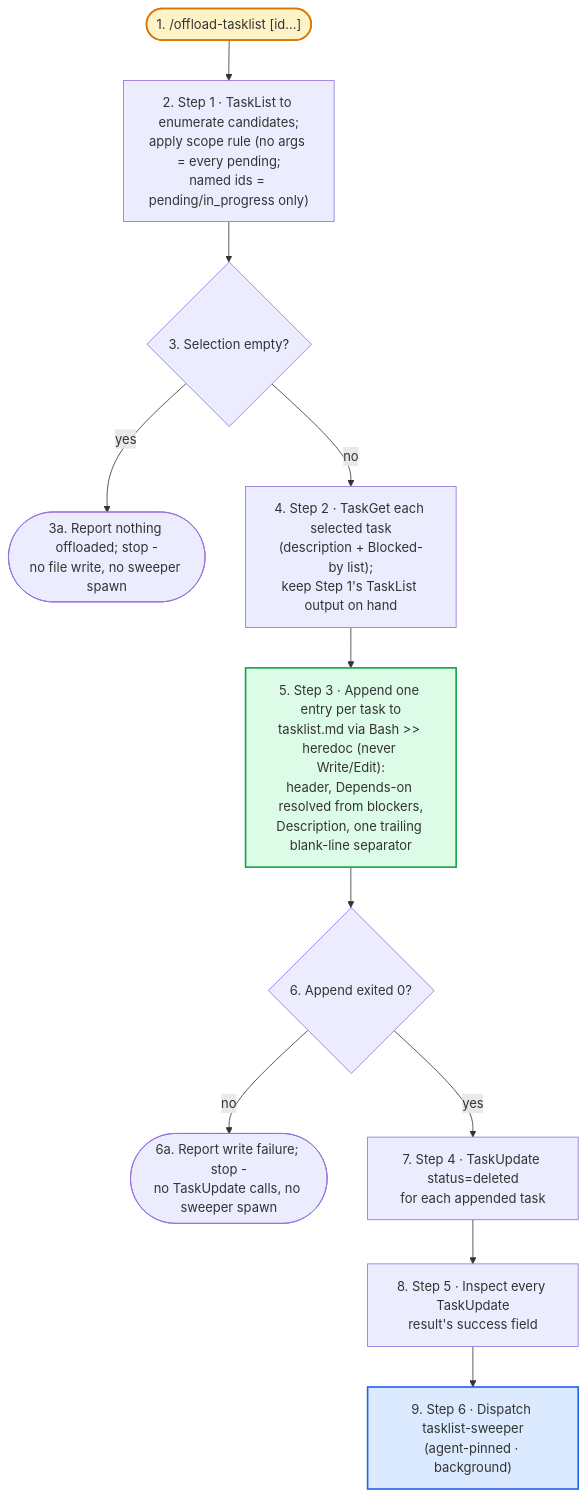
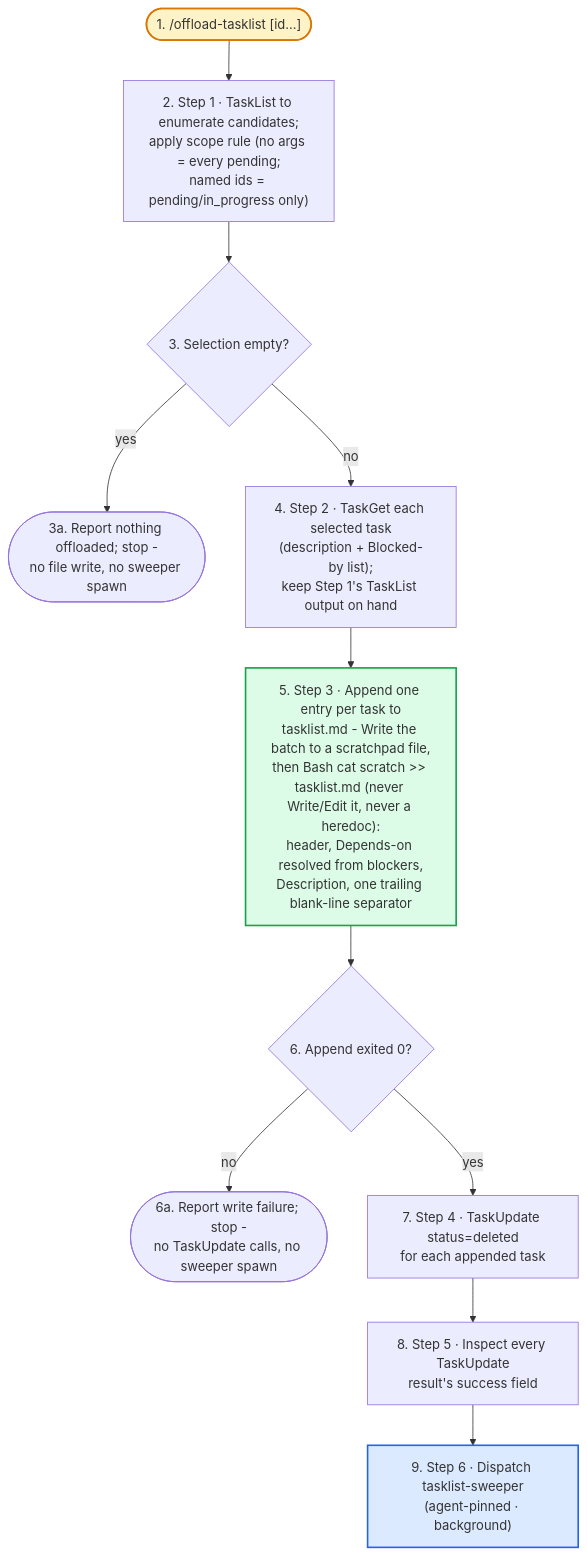
The diagram in configs/ai-docs/claude/skills/offload-tasklist/assets/flowchart.md (brunogsa/unix-utils), drawn with Mermaid before and after one commit. The commit also changed other lines of this file and 1 other file, not shown here.

First line of the commit message:
docs(offload-tasklist): append batch via a scratch file copy

````diff
--- a/configs/ai-docs/claude/skills/offload-tasklist/assets/flowchart.md
+++ b/configs/ai-docs/claude/skills/offload-tasklist/assets/flowchart.md
@@ -50,27 +52,27 @@
 ```mermaid
 flowchart TD
   n1(["1. /offload-tasklist [id...]"]):::start
   n2["2. Step 1 · TaskList to enumerate candidates;<br/>apply scope rule (no args = every pending;<br/>named ids = pending/in_progress only)"]
   n3{"3. Selection empty?"}
   n3a(["3a. Report nothing offloaded; stop -<br/>no file write, no sweeper spawn"])
   n4["4. Step 2 · TaskGet each selected task<br/>(description + Blocked-by list);<br/>keep Step 1's TaskList output on hand"]
-  n5["5. Step 3 · Append one entry per task to<br/>tasklist.md via Bash &gt;&gt; heredoc (never Write/Edit):<br/>header, Depends-on resolved from blockers,<br/>Description, one trailing blank-line separator"]:::state
+  n5["5. Step 3 · Append one entry per task to<br/>tasklist.md - Write the batch to a scratchpad file,<br/>then Bash cat scratch &gt;&gt; tasklist.md (never Write/Edit it, never a heredoc):<br/>header, Depends-on resolved from blockers,<br/>Description, one trailing blank-line separator"]:::state
   n6{"6. Append exited 0?"}
   n6a(["6a. Report write failure; stop -<br/>no TaskUpdate calls, no sweeper spawn"])
   n7["7. Step 4 · TaskUpdate status=deleted<br/>for each appended task"]
   n8["8. Step 5 · Inspect every TaskUpdate<br/>result's success field"]
   n9["9. Step 6 · Dispatch tasklist-sweeper<br/>(agent-pinned · background)"]:::dispatch
 
   n1 --> n2 --> n3
   n3 -->|"yes"| n3a
   n3 -->|"no"| n4 --> n5 --> n6
   n6 -->|"no"| n6a
   n6 -->|"yes"| n7 --> n8 --> n9
 
   classDef start fill:#fef3c7,stroke:#d97706,stroke-width:2px
   classDef gate fill:#fee2e2,stroke:#dc2626,stroke-width:2px
   classDef dispatch fill:#dbeafe,stroke:#2563eb,stroke-width:2px
   classDef state fill:#dcfce7,stroke:#16a34a,stroke-width:2px
   classDef skill fill:#f3e8ff,stroke:#9333ea,stroke-width:2px
   classDef hook fill:#e5e7eb,stroke:#4b5563,stroke-width:2px
 ```
````
